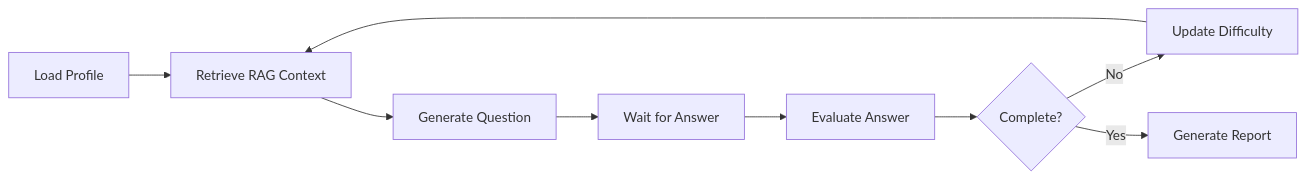
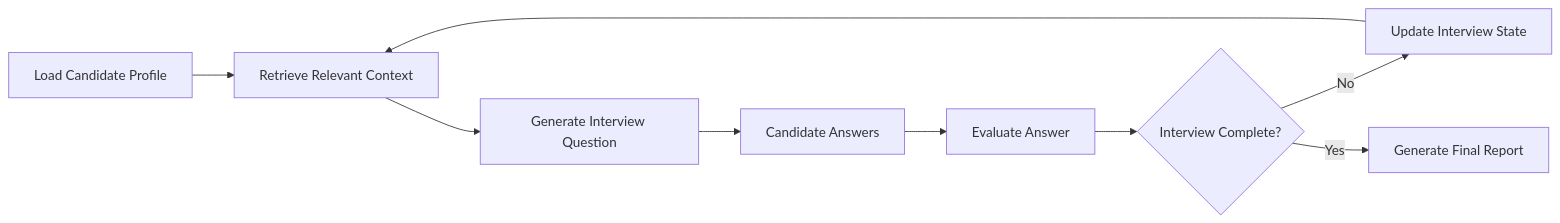
One commit to meetcodesX/InterviewAI changed the second of 2 diagrams in README.md. Above: the diagram before and after it, drawn with Mermaid. The commit also changed other lines of this file, not shown here.

````diff
--- a/README.md
+++ b/README.md
@@ -136,11 +220,18 @@
 ```mermaid
 graph LR
-    A[Load Profile] --> B[Retrieve RAG Context]
-    B --> C[Generate Question]
-    C --> D[Wait for Answer]
+    A[Load Candidate Profile]
+    --> B[Retrieve Relevant Context]
+
+    B --> C[Generate Interview Question]
+
+    C --> D[Candidate Answers]
+
     D --> E[Evaluate Answer]
-    E --> F{Complete?}
-    F -->|No| G[Update Difficulty]
+
+    E --> F{Interview Complete?}
+
+    F -->|No| G[Update Interview State]
     G --> B
-    F -->|Yes| H[Generate Report]
+
+    F -->|Yes| H[Generate Final Report]
 ```
````
